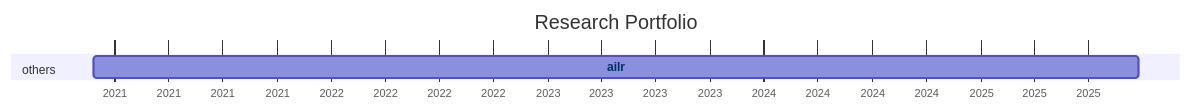
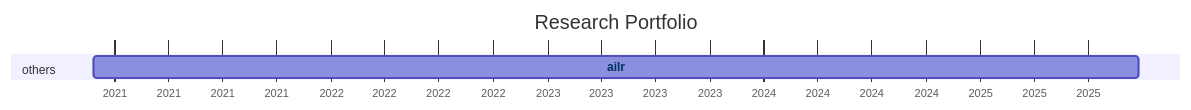
Before and after one commit to digital-work-lab/handbook: the diagram in docs/20-research/25-projects-gantt.md, drawn with Mermaid.

Commit message:
Update repository overview

````diff
--- a/docs/20-research/25-projects-gantt.md
+++ b/docs/20-research/25-projects-gantt.md
@@ -8,21 +8,21 @@
 ```mermaid
 ---
 displayMode: compact
 ---
 gantt
 title Research Portfolio
 dateFormat YYYY-MM-DD
 axisFormat %Y
 
     section work_practices
 
     section distributed_organizing
 
     section knowledge_synthesis
 
     section others
-        ailr :ailr, 2020-11-26, 2025-09-24
+        ailr :ailr, 2020-11-26, 2025-09-25
 
 
     click ailr href "{{ site.baseurl }}/docs/10-lab/18-resources/ailr.html"
 ```
````
